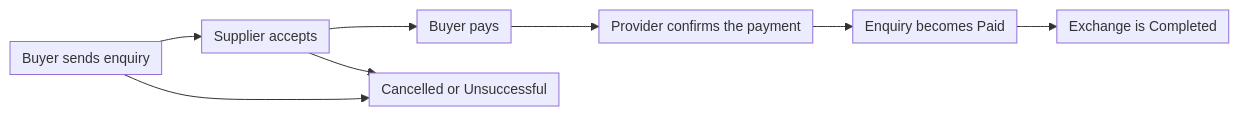
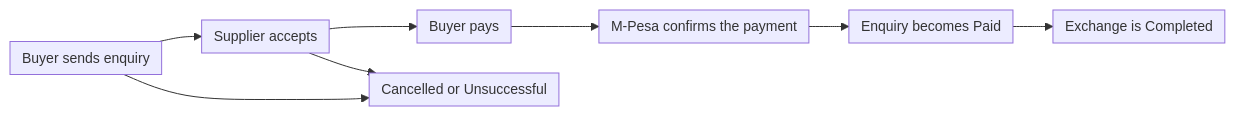
One commit to akirachix/athena-technical-documentation changed the second of 2 diagrams in docs/architecture.md. Above: the diagram before and after it, drawn with Mermaid. The commit also changed other lines of this file and 26 other files, not shown here.

````diff
--- a/docs/architecture.md
+++ b/docs/architecture.md
@@ -202,11 +208,11 @@
 ```mermaid
 %%{init: {"flowchart": {"padding": 6, "nodeSpacing": 30, "rankSpacing": 40}, "themeVariables": {"fontSize": "14px"}}}%%
 flowchart LR
     A[Buyer sends enquiry] --> B[Supplier accepts]
     B --> C[Buyer pays]
-    C --> D[Provider confirms the payment]
+    C --> D[M-Pesa confirms the payment]
     D --> E[Enquiry becomes Paid]
     E --> F[Exchange is Completed]
     A --> G[Cancelled or Unsuccessful]
     B --> G
 ```
````
